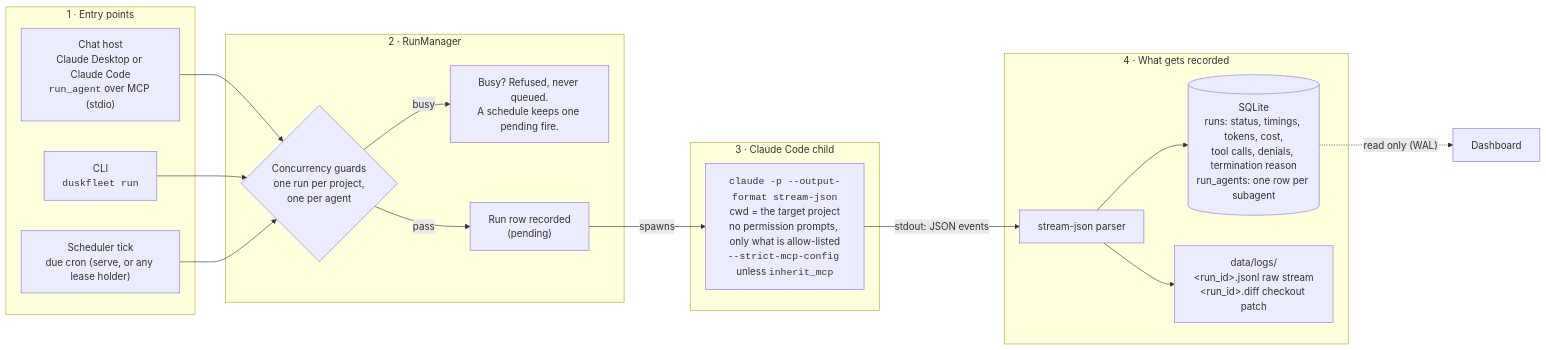
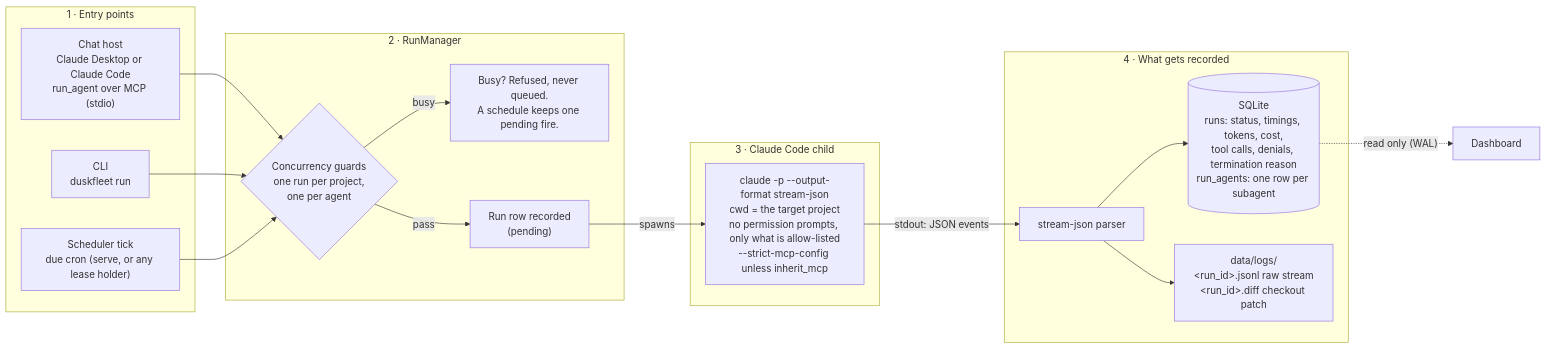
Before and after one commit to duskfleet/duskfleet: the first of 2 diagrams in README.md, drawn with Mermaid.

Commit message:
README: plain text in the Mermaid labels, GitHub strips HTML tags
Claude-Session: https://claude.ai/code/session_014NZALZg54RZdNB9EhjesYs

````diff
--- a/README.md
+++ b/README.md
@@ -158,35 +158,35 @@
 ```mermaid
 flowchart LR
     subgraph entry ["1 · Entry points"]
-        chat["Chat host<br/>Claude Desktop or Claude Code<br/><code>run_agent</code> over MCP (stdio)"]
-        cli["CLI<br/><code>duskfleet run</code>"]
+        chat["Chat host<br/>Claude Desktop or Claude Code<br/>run_agent over MCP (stdio)"]
+        cli["CLI<br/>duskfleet run"]
         sched["Scheduler tick<br/>due cron (serve, or any lease holder)"]
     end
 
     subgraph rm ["2 · RunManager"]
         guards{"Concurrency guards<br/>one run per project,<br/>one per agent"}
         busy["Busy? Refused, never queued.<br/>A schedule keeps one pending fire."]
         row["Run row recorded<br/>(pending)"]
     end
 
     subgraph child ["3 · Claude Code child"]
-        claude["<code>claude -p --output-format stream-json</code><br/>cwd = the target project<br/>no permission prompts, only what is allow-listed<br/><code>--strict-mcp-config</code> unless <code>inherit_mcp</code>"]
+        claude["claude -p --output-format stream-json<br/>cwd = the target project<br/>no permission prompts, only what is allow-listed<br/>--strict-mcp-config unless inherit_mcp"]
     end
 
     subgraph rec ["4 · What gets recorded"]
         parser["stream-json parser"]
         db[("SQLite<br/>runs: status, timings, tokens, cost,<br/>tool calls, denials, termination reason<br/>run_agents: one row per subagent")]
         logs["data/logs/<br/>&lt;run_id&gt;.jsonl raw stream<br/>&lt;run_id&gt;.diff checkout patch"]
     end
 
     chat --> guards
     cli --> guards
     sched --> guards
     guards -- busy --> busy
     guards -- pass --> row
     row -- spawns --> claude
     claude -- "stdout: JSON events" --> parser
     parser --> db
     parser --> logs
     db -. "read only (WAL)" .-> web["Dashboard"]
 ```
````
